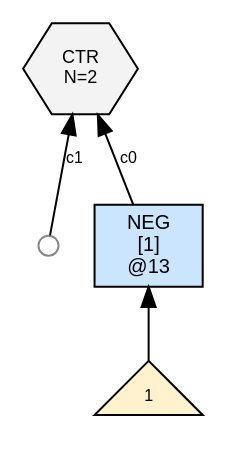
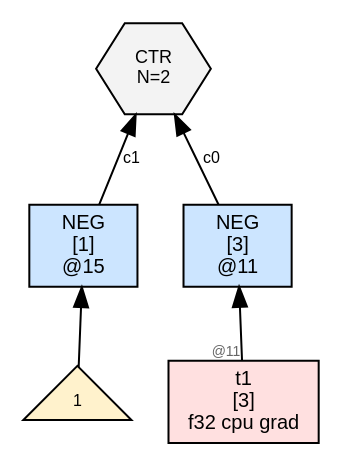
Before and after one commit to sw1sh/TinyHVM: the diagram in wl/examples/thvm_graphs/grad_rules/neg/thvm_2_post_sweep.dot, drawn with Graphviz. The commit also changed 193 other files, not shown here.

```diff
--- a/wl/examples/thvm_graphs/grad_rules/neg/thvm_2_post_sweep.dot
+++ b/wl/examples/thvm_graphs/grad_rules/neg/thvm_2_post_sweep.dot
@@ -1,13 +1,15 @@
 digraph G {
   rankdir=BT;
   node [fontname="Helvetica", fontsize=10, style=filled, shape=box, margin="0.1,0.05"];
   edge [fontsize=8, fontname="Helvetica"];
 
-  n13 [label="NEG\n[1]\n@13", shape=box, fillcolor="#cce5ff"];
-  num13_0 [label="1",shape=triangle,fillcolor="#fff2cc",fontsize=8];
-  num13_0 -> n13 [label=""];
-  ctr7 [label="CTR\nN=2", shape=hexagon, fillcolor="#f3f3f3", fontsize=9];
-  n13 -> ctr7 [label="c0"];
-  free7_1 [label="",shape=circle,width=0.14,height=0.14,fixedsize=true,fillcolor="#ffffff",color="#888888",fontsize=1];
-  free7_1 -> ctr7 [label="c1"];
+  n11 [label="NEG\n[3]\n@11", shape=box, fillcolor="#cce5ff"];
+  t1 [label="t1\n[3]\nf32 cpu grad",shape=box,fillcolor="#ffe0e0"];
+  t1 -> n11 [label="",taillabel="@11",labelfontsize=7,fontcolor="#666666"];
+  n15 [label="NEG\n[1]\n@15", shape=box, fillcolor="#cce5ff"];
+  num15_0 [label="1",shape=triangle,fillcolor="#fff2cc",fontsize=8];
+  num15_0 -> n15 [label=""];
+  ctr8 [label="CTR\nN=2", shape=hexagon, fillcolor="#f3f3f3", fontsize=9];
+  n11 -> ctr8 [label="c0"];
+  n15 -> ctr8 [label="c1"];
 }
```
